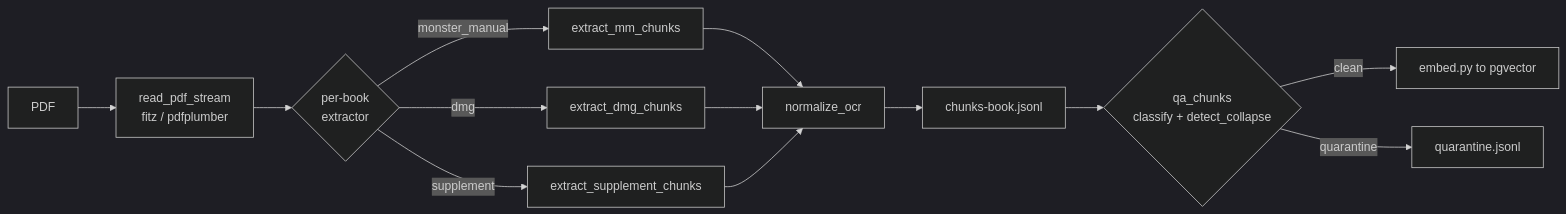
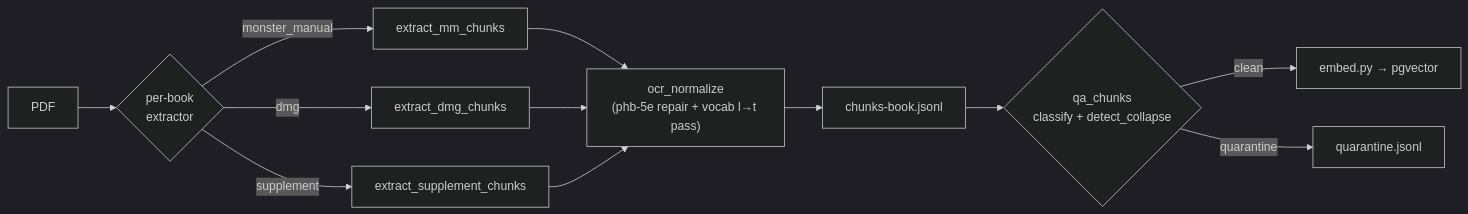
One commit to jupes/game-guide-ai changed the third of 3 diagrams in docs/ARCHITECTURE.md. Above: the diagram before and after it, drawn with Mermaid (dark theme). The commit also changed other lines of this file and 6 other files, not shown here.

First line of the commit message:
docs: refresh root/folder READMEs + architecture for channels, graph, attachments

````diff
--- a/docs/ARCHITECTURE.md
+++ b/docs/ARCHITECTURE.md
@@ -72,15 +90,14 @@
 ```mermaid
 flowchart LR
-    PDF["PDF"] --> RD["read_pdf_stream<br/>fitz / pdfplumber"]
-    RD --> EXT{"per-book<br/>extractor"}
+    PDF["PDF"] --> EXT{"per-book<br/>extractor"}
     EXT -->|monster_manual| MM["extract_mm_chunks"]
     EXT -->|dmg| DMG["extract_dmg_chunks"]
     EXT -->|supplement| SUP["extract_supplement_chunks"]
-    MM --> NORM["normalize_ocr"]
+    MM --> NORM["ocr_normalize<br/>(phb-5e repair + vocab l→t pass)"]
     DMG --> NORM
     SUP --> NORM
     NORM --> JSONL["chunks-book.jsonl"]
     JSONL --> QA{"qa_chunks<br/>classify + detect_collapse"}
-    QA -->|clean| EMB["embed.py to pgvector"]
+    QA -->|clean| EMB["embed.py → pgvector"]
     QA -->|quarantine| Q["quarantine.jsonl"]
 ```
````
